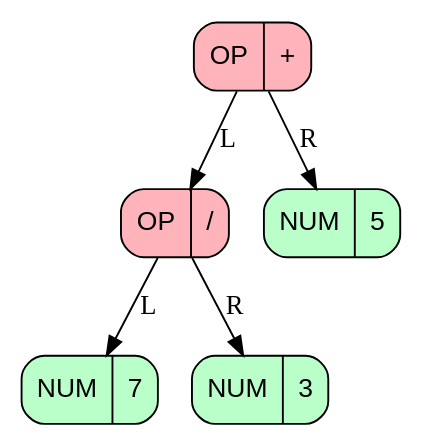
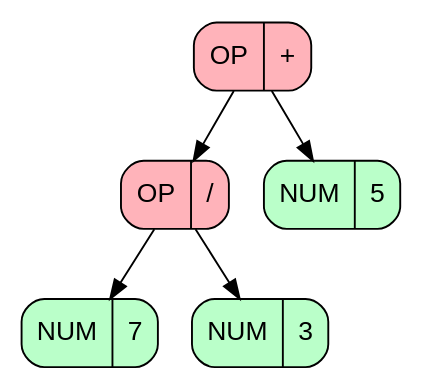
Before and after one commit to YegorGr/Differentiator: the diagram in dump.dot, drawn with Graphviz. The commit also changed 6 other files, not shown here.

```diff
--- a/dump.dot
+++ b/dump.dot
@@ -1,13 +1,13 @@
 digraph Tree {
     rankdir=TB;
     node [fontname="Arial"];
-    node_01031470 [shape=Mrecord, style=filled, fillcolor="#FFB3BA", label="OP | +"];
-    node_010319C8 [shape=Mrecord, style=filled, fillcolor="#FFB3BA", label="OP | /"];
-    node_01031988 [shape=Mrecord, style=filled, fillcolor="#BAFFC9", label="NUM | 7"];
-    node_010319C8 -> node_01031988 [label="L"];
-    node_010319A8 [shape=Mrecord, style=filled, fillcolor="#BAFFC9", label="NUM | 3"];
-    node_010319C8 -> node_010319A8 [label="R"];
-    node_01031470 -> node_010319C8 [label="L"];
-    node_010319E8 [shape=Mrecord, style=filled, fillcolor="#BAFFC9", label="NUM | 5"];
-    node_01031470 -> node_010319E8 [label="R"];
+    node_00F31470 [shape=Mrecord, style=filled, fillcolor="#FFB3BA", label="OP | +"];
+    node_00F319C8 [shape=Mrecord, style=filled, fillcolor="#FFB3BA", label="OP | /"];
+    node_00F31988 [shape=Mrecord, style=filled, fillcolor="#BAFFC9", label="NUM | 7"];
+    node_00F319C8 -> node_00F31988 
+    node_00F319A8 [shape=Mrecord, style=filled, fillcolor="#BAFFC9", label="NUM | 3"];
+    node_00F319C8 -> node_00F319A8 
+    node_00F31470 -> node_00F319C8 
+    node_00F319E8 [shape=Mrecord, style=filled, fillcolor="#BAFFC9", label="NUM | 5"];
+    node_00F31470 -> node_00F319E8 
 }
```
